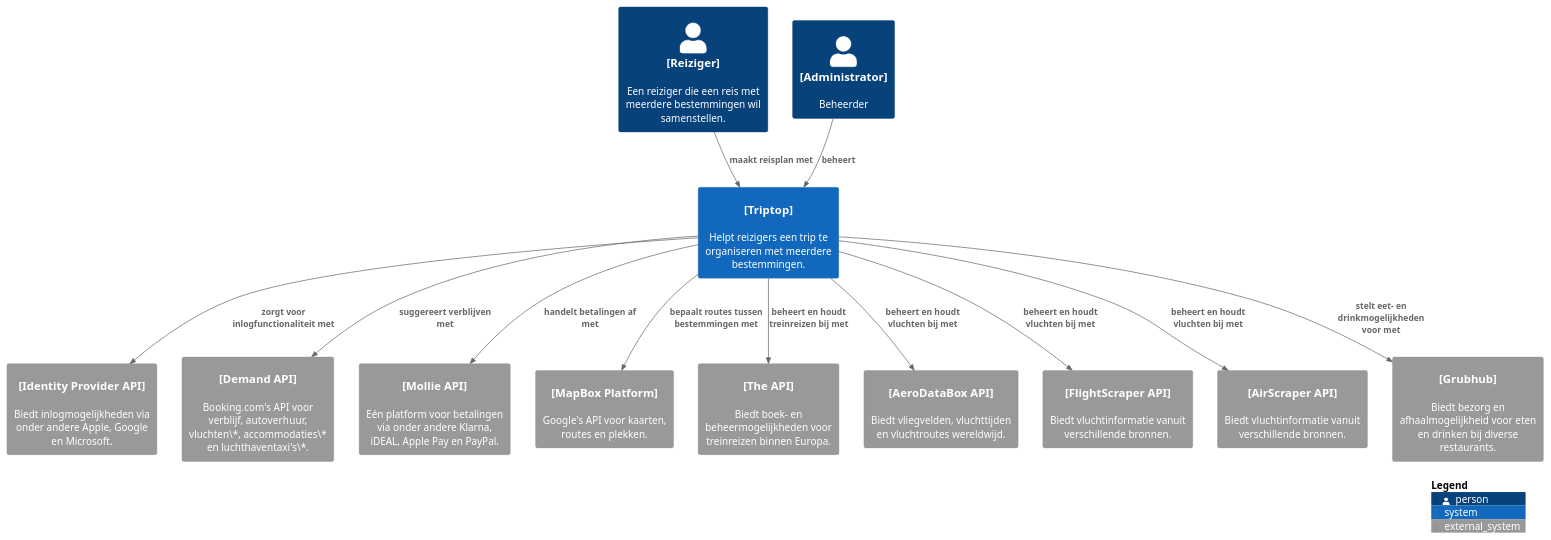
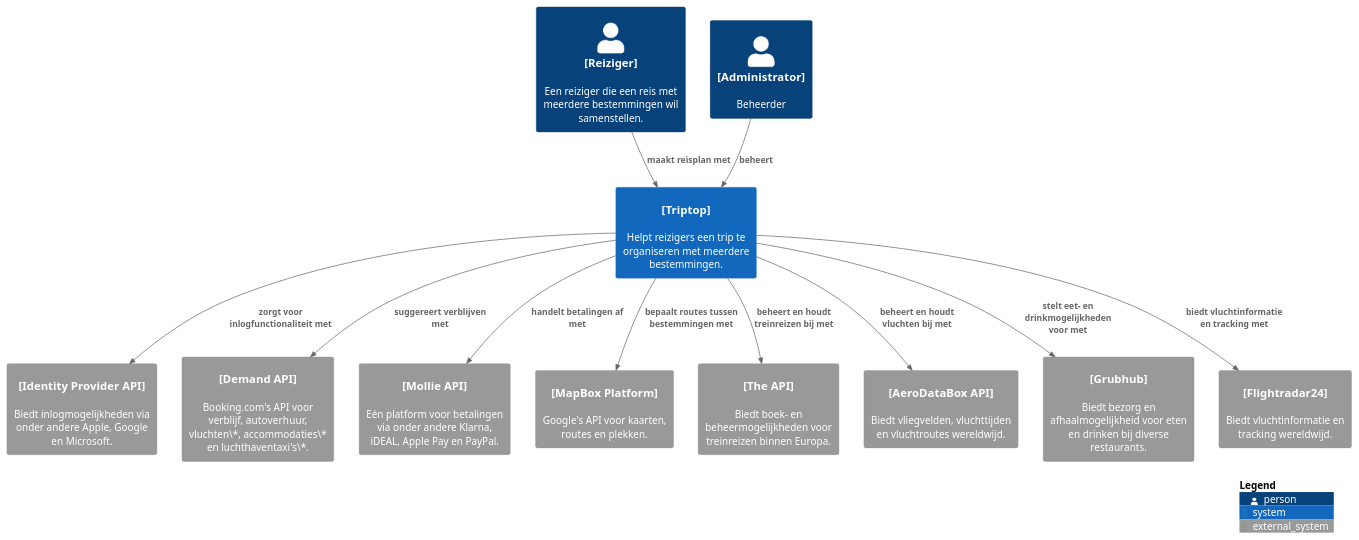
The diagram in context-diagram.puml (AIM-ENE-feb25/triptop-groep-b2), drawn with PlantUML before and after one commit. The commit also changed 1 other file, not shown here.

Commit message:
Context diagram update

```diff
--- a/context-diagram.puml
+++ b/context-diagram.puml
@@ -1,42 +1,40 @@
 @startuml C4_Elements
 !include https://raw.githubusercontent.com/plantuml-stdlib/C4-PlantUML/master/C4_Container.puml
 !include <C4/C4_Container>
 top to bottom direction
 
 skinparam {
     rectangle {
         StereotypeFontSize 0
         StereotypeFontColor white
     }
 }
 
 Person(traveller, "[Reiziger]", "Een reiziger die een reis met meerdere bestemmingen wil samenstellen.")
 Person(admin, "[Administrator]", "Beheerder")
 
 System(triptop, "[Triptop]", "Helpt reizigers een trip te organiseren met meerdere bestemmingen.")
 
 System_Ext(identity_provider_api, "[Identity Provider API]", "Biedt inlogmogelijkheden via onder andere Apple, Google en Microsoft.", $link="https://developer.okta.com/docs/api/openapi/okta-management/management/tag/IdentityProvider/")
 System_Ext(demand_api, "[Demand API]", "Booking.com's API voor verblijf, autoverhuur, vluchten\*, accommodaties\* en luchthaventaxi's\*.", $link="https://developers.booking.com/demand/docs/open-api/demand-api")
 System_Ext(mollie_api, "[Mollie API]", "Eén platform voor betalingen via onder andere Klarna, iDEAL, Apple Pay en PayPal.", $link="https://www.mollie.com/nl/")
 System_Ext(MapBox_api, "[MapBox Platform]", "Google's API voor kaarten, routes en plekken.", $link="https://developers.google.com/maps")
 System_Ext(all_aboard_api, "[The API]", "Biedt boek- en beheermogelijkheden voor treinreizen binnen Europa.", $link="https://allaboard.eu/api-solution")
 System_Ext(aeroDataBox_api, "[AeroDataBox API]", "Biedt vliegvelden, vluchttijden en vluchtroutes wereldwijd.", $link="https://rapidapi.com/aedbx-aedbx/api/aerodatabox")
-System_Ext(flightScraper_api, "[FlightScraper API]", "Biedt vluchtinformatie vanuit verschillende bronnen.", $link="https://rapidapi.com/skyscanner/api/skyscanner-flight-search")
-System_Ext(airScraper_api, "[AirScraper API]", "Biedt vluchtinformatie vanuit verschillende bronnen.", $link="https://rapidapi.com/skyscanner/api/skyscanner-flight-search")
 System_Ext(grubhub_api, "[Grubhub]", "Biedt bezorg en afhaalmogelijkheid voor eten en drinken bij diverse restaurants.", $link="https://www.grubhub.com/")
+System_Ext(Flightradar24_api, "[Flightradar24]", "Biedt vluchtinformatie en tracking wereldwijd.", $link="https://www.flightradar24.com/")
 
 Rel(traveller, triptop, "maakt reisplan met")
 Rel(admin, triptop, "beheert")
 
 Rel(triptop, identity_provider_api, "zorgt voor inlogfunctionaliteit met")
 Rel(triptop, demand_api, "suggereert verblijven met")
 Rel(triptop, mollie_api, "handelt betalingen af met")
 Rel(triptop, MapBox_api, "bepaalt routes tussen bestemmingen met")
 Rel(triptop, all_aboard_api, "beheert en houdt treinreizen bij met")
 Rel(triptop, aeroDataBox_api, "beheert en houdt vluchten bij met")
-Rel(triptop, flightScraper_api, "beheert en houdt vluchten bij met")
-Rel(triptop, airScraper_api, "beheert en houdt vluchten bij met")
 Rel(triptop, grubhub_api, "stelt eet- en drinkmogelijkheden voor met")
+Rel(triptop, Flightradar24_api, "biedt vluchtinformatie en tracking met")
 
 SHOW_LEGEND(TRUE)
 @enduml
```
